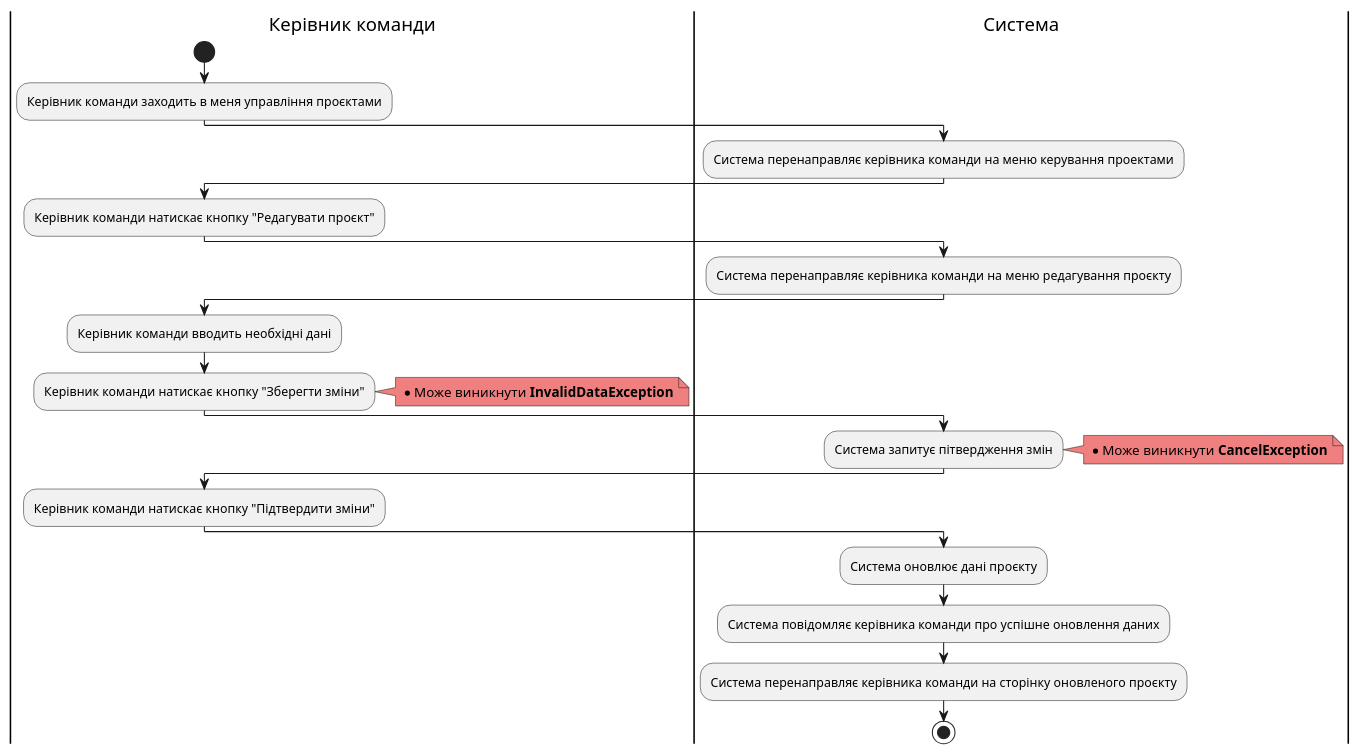
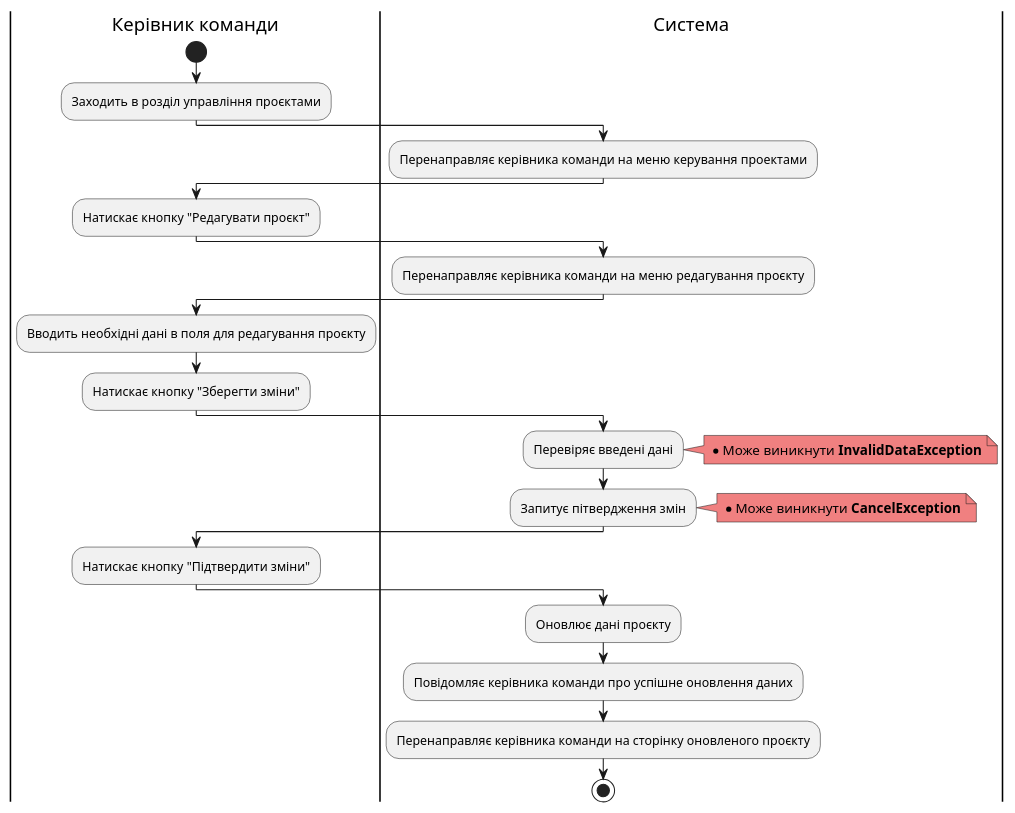
One commit to samoilenkomariia/db-coursework changed the seventh of 11 diagrams in docs/use cases/README.md. Above: the diagram before and after it, drawn with PlantUML. The commit also changed other lines of this file, not shown here.

Commit message:
Update Create, Edit Project

```diff
--- a/docs/use cases/README.md
+++ b/docs/use cases/README.md
@@ -264,32 +266,33 @@
 @startuml
 
     |Керівник команди|
     start
-    :Керівник команди заходить в меня управління проєктами;
+    :Заходить в розділ управління проєктами;
     |Система|
-    :Система перенаправляє керівника команди на меню керування проектами;
+    :Перенаправляє керівника команди на меню керування проектами;
     |Керівник команди|
-    :Керівник команди натискає кнопку "Редагувати проєкт";
+    :Натискає кнопку "Редагувати проєкт";
     |Система|
-    :Система перенаправляє керівника команди на меню редагування проєкту;
+    :Перенаправляє керівника команди на меню редагування проєкту;
     |Керівник команди|
-    :Керівник команди вводить необхідні дані;
-    :Керівник команди натискає кнопку "Зберегти зміни";
+    :Вводить необхідні дані в поля для редагування проєкту;
+    :Натискає кнопку "Зберегти зміни";
+    |Система|
+    :Перевіряє введені дані;
     note right #lightcoral
         * Може виникнути <b>InvalidDataException</b>
     end note
-    |Система|
-    :Система запитує пітвердження змін;
+    :Запитує пітвердження змін;
     note right #lightcoral
         * Може виникнути <b>CancelException</b>
     end note
     |Керівник команди|
-    :Керівник команди натискає кнопку "Підтвердити зміни";
+    :Натискає кнопку "Підтвердити зміни";
     |Система|
-    :Система оновлює дані проєкту;
-    :Система повідомляє керівника команди про успішне оновлення даних;
-    :Система перенаправляє керівника команди на сторінку оновленого проєкту;
+    :Оновлює дані проєкту;
+    :Повідомляє керівника команди про успішне оновлення даних;
+    :Перенаправляє керівника команди на сторінку оновленого проєкту;
     stop
     
 
 @enduml
```
